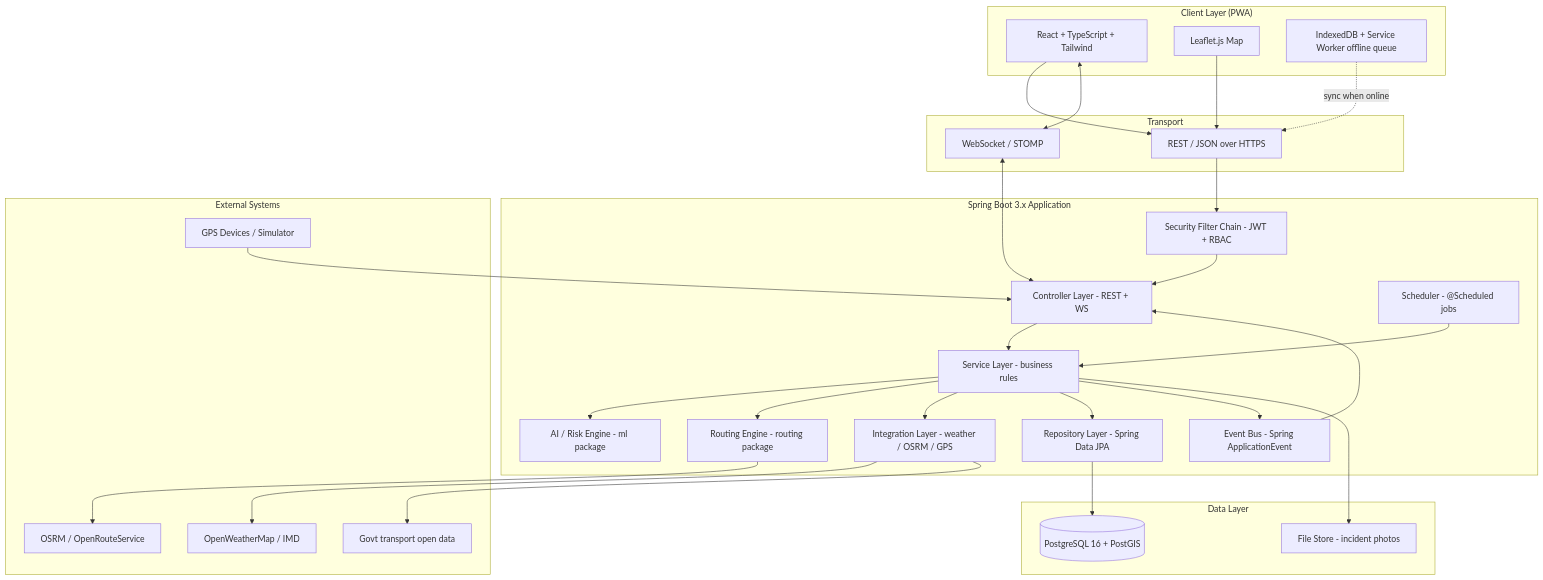
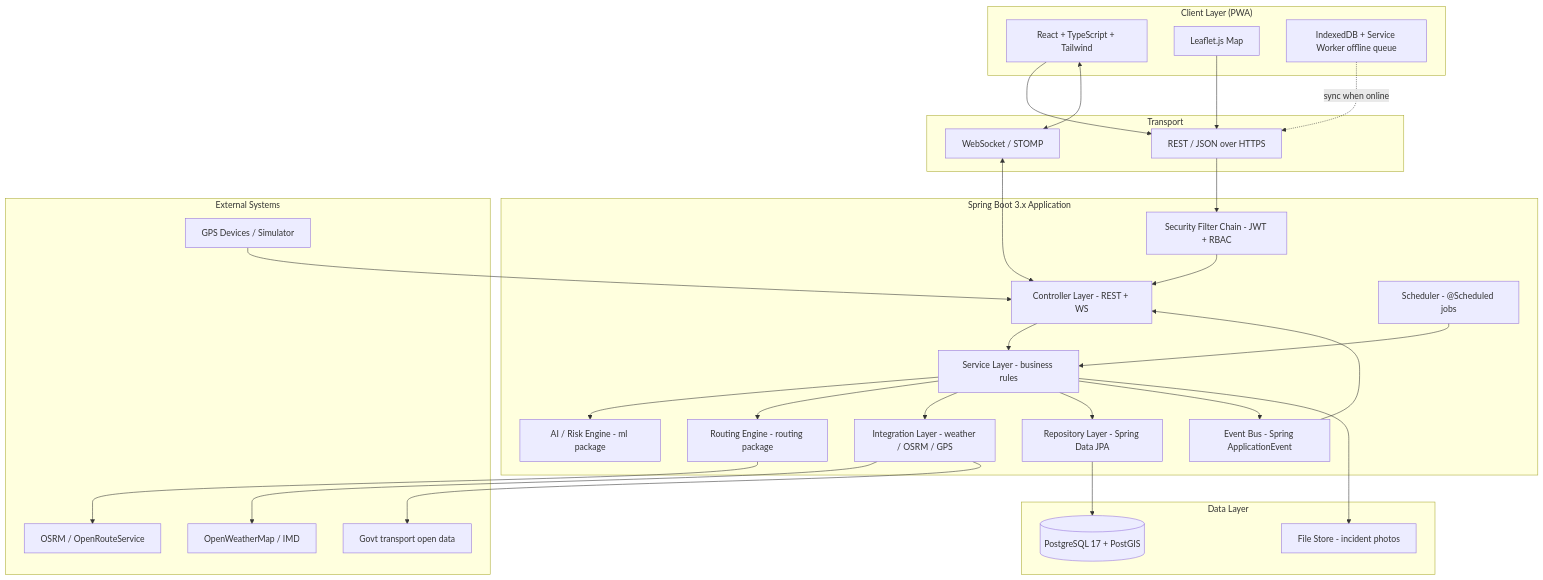
The first of 2 diagrams in docs/architecture.md (govind-d/NER-SmartAccess), drawn with Mermaid before and after one commit. The commit also changed other lines of this file and 2 other files, not shown here.

````diff
--- a/docs/architecture.md
+++ b/docs/architecture.md
@@ -23,56 +23,56 @@
 ```mermaid
 flowchart TB
     subgraph Client["Client Layer (PWA)"]
         A1[React + TypeScript + Tailwind]
         A2[Leaflet.js Map]
         A3[IndexedDB + Service Worker offline queue]
     end
 
     subgraph Edge["Transport"]
         B1[REST / JSON over HTTPS]
         B2[WebSocket / STOMP]
     end
 
     subgraph Backend["Spring Boot 3.x Application"]
         C0[Security Filter Chain - JWT + RBAC]
         C1[Controller Layer - REST + WS]
         C2[Service Layer - business rules]
         C3[AI / Risk Engine - ml package]
         C4[Routing Engine - routing package]
         C5[Integration Layer - weather / OSRM / GPS]
         C6[Repository Layer - Spring Data JPA]
         C7[Scheduler - @Scheduled jobs]
         C8[Event Bus - Spring ApplicationEvent]
     end
 
     subgraph Data["Data Layer"]
-        D1[(PostgreSQL 16 + PostGIS)]
+        D1[(PostgreSQL 17 + PostGIS)]
         D2[File Store - incident photos]
     end
 
     subgraph Ext["External Systems"]
         E1[OpenWeatherMap / IMD]
         E2[OSRM / OpenRouteService]
         E3[GPS Devices / Simulator]
         E4[Govt transport open data]
     end
 
     A1 --> B1 --> C0 --> C1
     A2 --> B1
     A3 -. sync when online .-> B1
     A1 <--> B2 <--> C1
     C1 --> C2
     C2 --> C3
     C2 --> C4
     C2 --> C5
     C2 --> C6
     C2 --> C8
     C8 --> C1
     C7 --> C2
     C6 --> D1
     C2 --> D2
     C5 --> E1
     C4 --> E2
     E3 --> C1
     C5 --> E4
 ```
````
